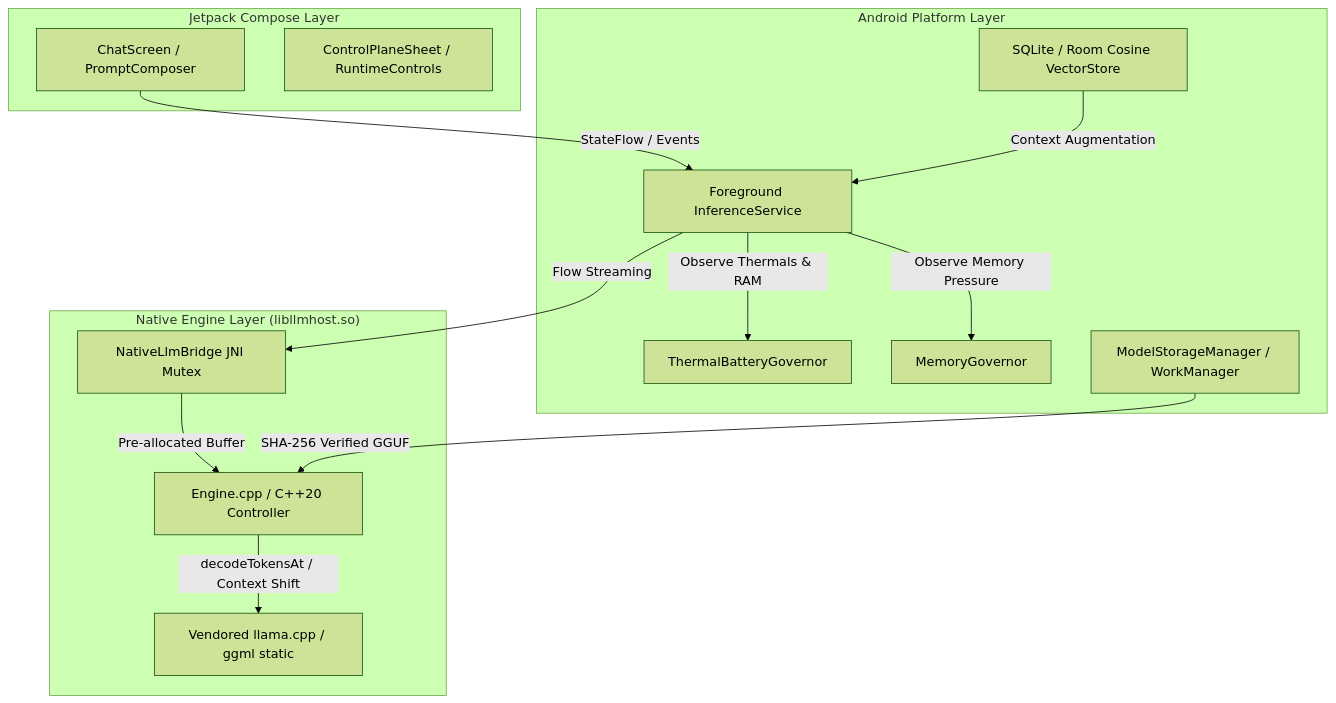
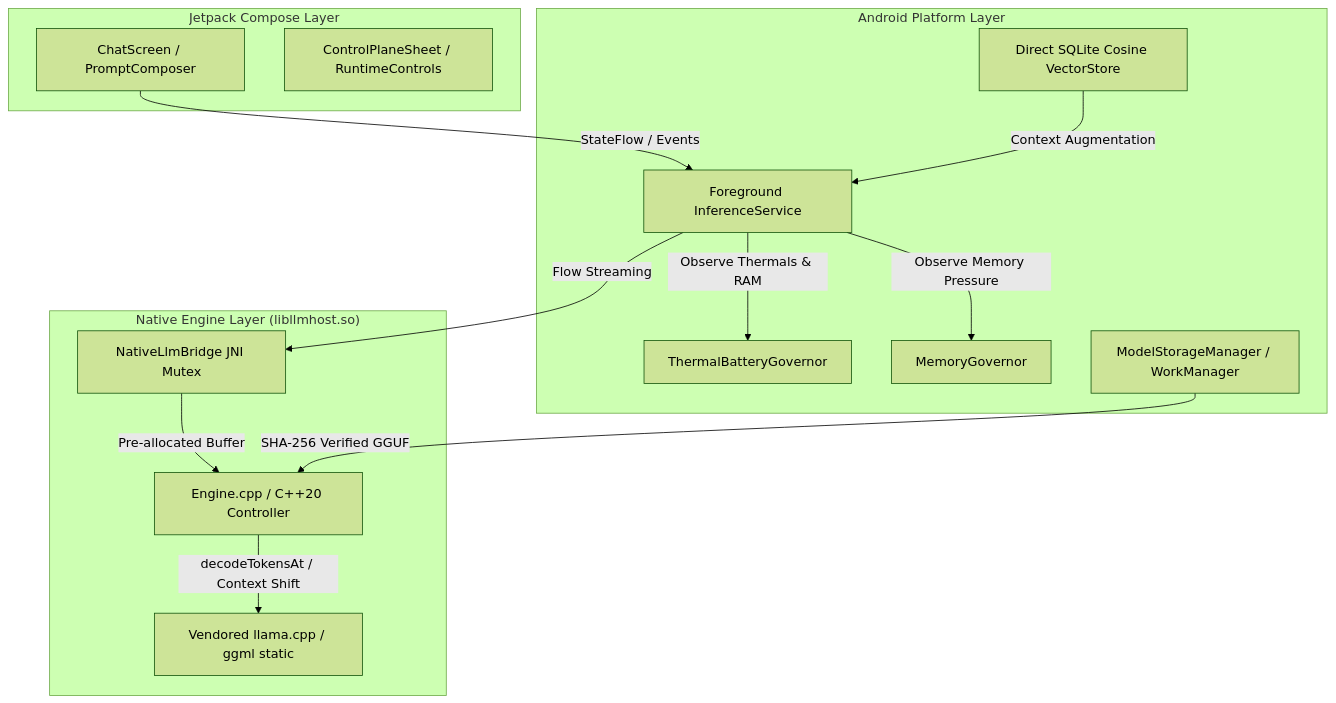
Before and after one commit to gthgomez/PrismLocal: the diagram in README.md, drawn with Mermaid (forest theme). The commit also changed other lines of this file and 23 other files, not shown here.

````diff
--- a/README.md
+++ b/README.md
@@ -17,30 +17,30 @@
 ```mermaid
 graph TD
     subgraph UI ["Jetpack Compose Layer"]
         ChatScreen[ChatScreen / PromptComposer]
         ControlPlane[ControlPlaneSheet / RuntimeControls]
     end
 
     subgraph Service ["Android Platform Layer"]
         InferenceService[Foreground InferenceService]
         ThermalGov[ThermalBatteryGovernor]
         MemGov[MemoryGovernor]
         ModelStorage[ModelStorageManager / WorkManager]
-        VectorStore[SQLite / Room Cosine VectorStore]
+        VectorStore[Direct SQLite Cosine VectorStore]
     end
 
     subgraph Native ["Native Engine Layer (libllmhost.so)"]
         JNIBridge[NativeLlmBridge JNI Mutex]
         Engine[Engine.cpp / C++20 Controller]
         LlamaCore[Vendored llama.cpp / ggml static]
     end
 
     ChatScreen -->|StateFlow / Events| InferenceService
     InferenceService -->|Observe Thermals & RAM| ThermalGov
     InferenceService -->|Observe Memory Pressure| MemGov
     InferenceService -->|Flow Streaming| JNIBridge
     JNIBridge -->|Pre-allocated Buffer| Engine
     Engine -->|decodeTokensAt / Context Shift| LlamaCore
     ModelStorage -->|SHA-256 Verified GGUF| Engine
     VectorStore -->|Context Augmentation| InferenceService
 ```
````
